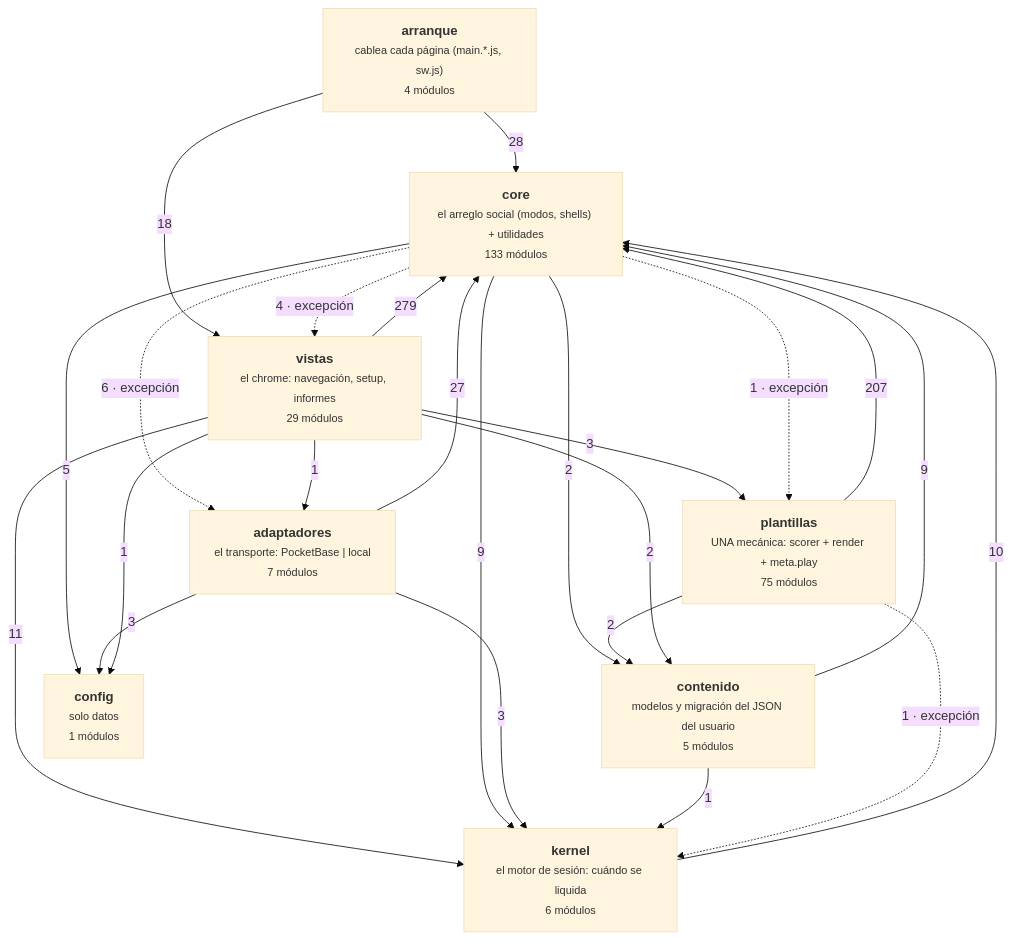
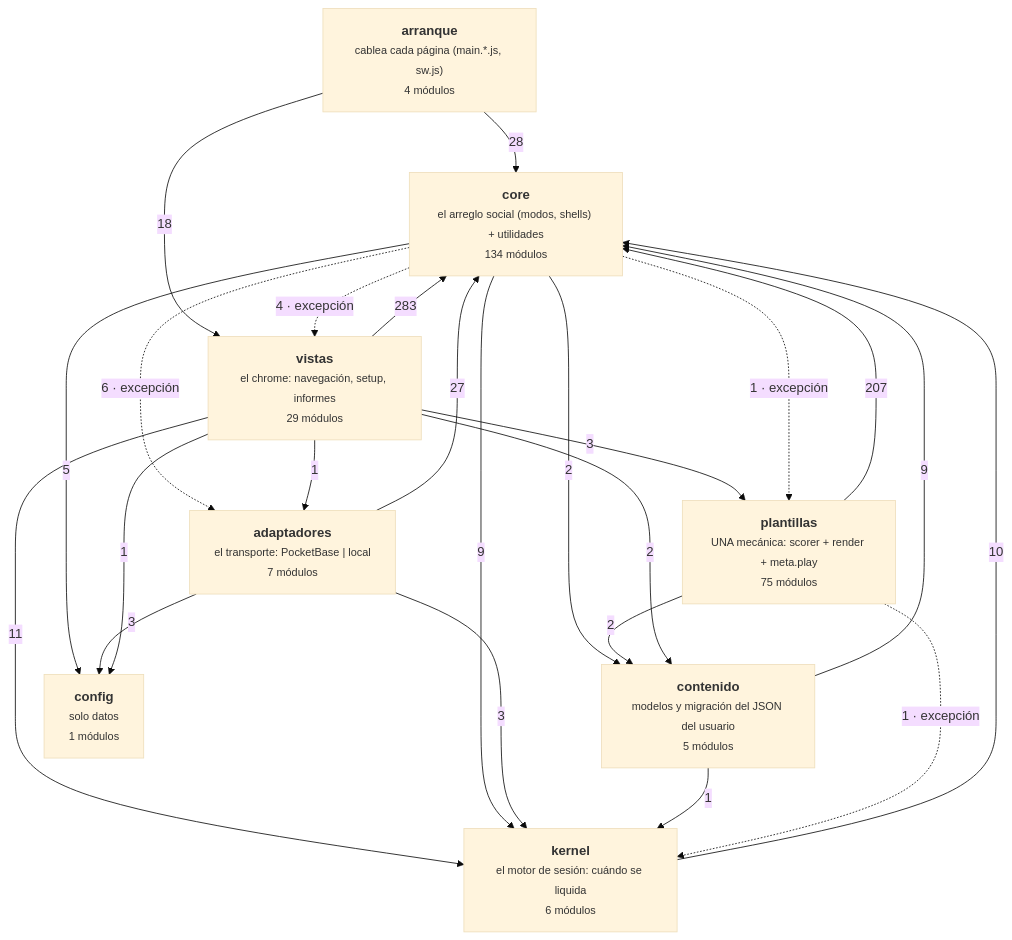
The diagram in docs/arquitectura-modulos.md (duecaz/ac), drawn with Mermaid (base theme) before and after one commit. The commit also changed other lines of this file and 21 other files, not shown here.

````diff
--- a/docs/arquitectura-modulos.md
+++ b/docs/arquitectura-modulos.md
@@ -56,34 +56,34 @@
 ```mermaid
 graph TD
   A["<b>arranque</b><br/><small>cablea cada página (main.*.js, sw.js)</small><br/><small>4 módulos</small>"]
   V["<b>vistas</b><br/><small>el chrome: navegación, setup, informes</small><br/><small>29 módulos</small>"]
   AD["<b>adaptadores</b><br/><small>el transporte: PocketBase | local</small><br/><small>7 módulos</small>"]
-  C["<b>core</b><br/><small>el arreglo social (modos, shells) + utilidades</small><br/><small>133 módulos</small>"]
+  C["<b>core</b><br/><small>el arreglo social (modos, shells) + utilidades</small><br/><small>134 módulos</small>"]
   K["<b>kernel</b><br/><small>el motor de sesión: cuándo se liquida</small><br/><small>6 módulos</small>"]
   T["<b>plantillas</b><br/><small>UNA mecánica: scorer + render + meta.play</small><br/><small>75 módulos</small>"]
   CO["<b>contenido</b><br/><small>modelos y migración del JSON del usuario</small><br/><small>5 módulos</small>"]
   CF["<b>config</b><br/><small>solo datos</small><br/><small>1 módulos</small>"]
-  V -->|279| C
+  V -->|283| C
   T -->|207| C
   A -->|28| C
   AD -->|27| C
   A -->|18| V
   V -->|11| K
   K -->|10| C
   C -->|9| K
   CO -->|9| C
   C -.->|6 · excepción| AD
   C -->|5| CF
   C -.->|4 · excepción| V
   AD -->|3| CF
   AD -->|3| K
   V -->|3| T
   C -->|2| CO
   T -->|2| CO
   V -->|2| CO
   C -.->|1 · excepción| T
   CO -->|1| K
   T -.->|1 · excepción| K
   V -->|1| AD
   V -->|1| CF
 ```
````
